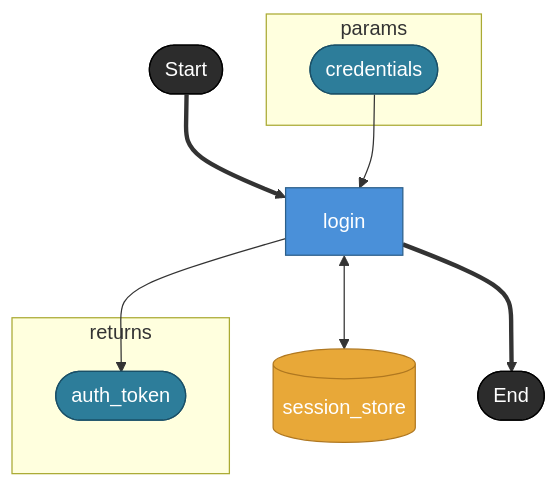
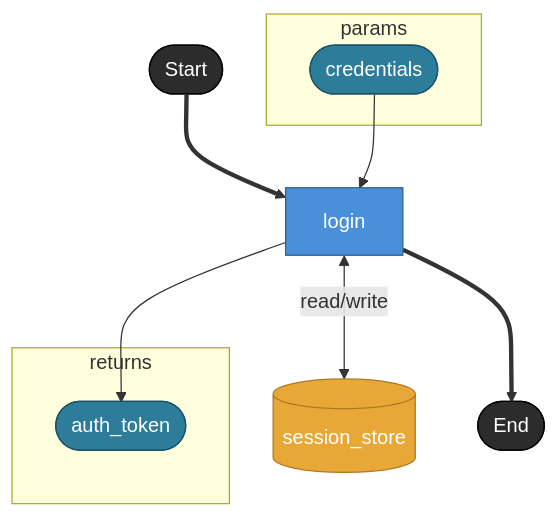
Before and after one commit to hiroshiasayadev-prog/brewprint: the third of 5 diagrams in docs/spec/views/dag.md, drawn with Mermaid. The commit also changed other lines of this file and 2 other files, not shown here.

First line of the commit message:
docs: label DAG store access edges

````diff
--- a/docs/spec/views/dag.md
+++ b/docs/spec/views/dag.md
@@ -549,24 +558,24 @@
 ```mermaid
 flowchart TD
   subgraph params
     credentials([credentials])
   end
   subgraph returns
     auth_token([auth_token])
   end
 
   _start([Start]) ==> login
   credentials --> login[login]
-  login <--> session_store[(session_store)]
+  login <-- "read/write" --> session_store[(session_store)]
   login --> auth_token
   login ==> _end([End])
 
   classDef taskNode     fill:#4A90D9,stroke:#2C5F8A,color:#fff
   classDef storeNode    fill:#E8A838,stroke:#B07820,color:#fff
   classDef terminalNode fill:#2C2C2C,stroke:#000,color:#fff
   classDef boundaryNode fill:#2D7D9A,stroke:#1A5068,color:#fff
   class login taskNode
   class session_store storeNode
   class _start,_end terminalNode
   class credentials,auth_token boundaryNode
 ```
````
